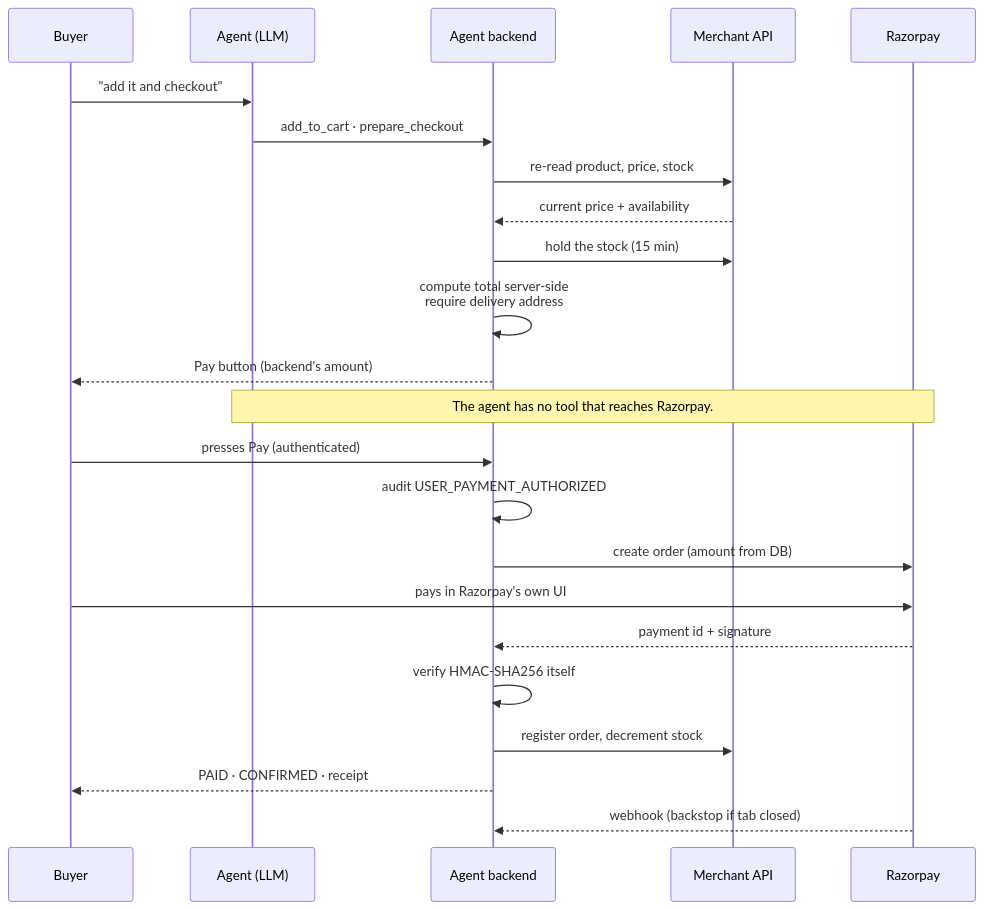
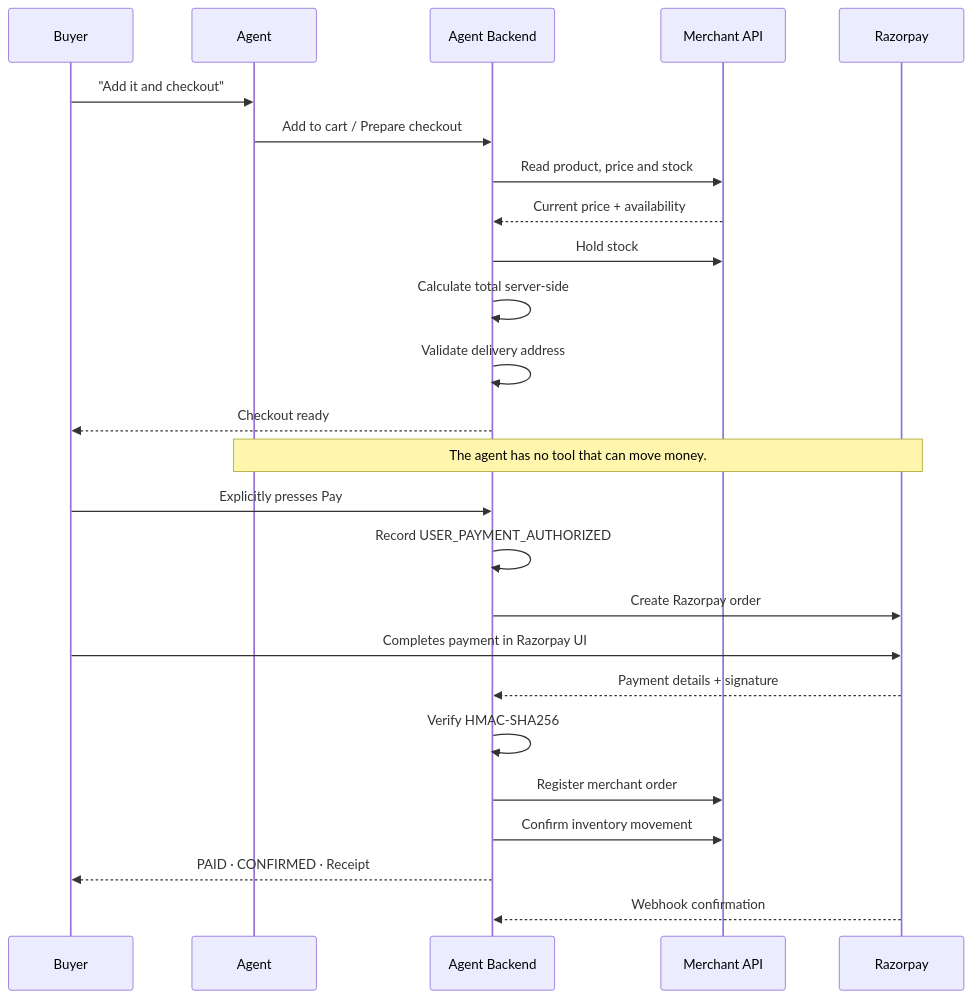
One commit to TechyCSR/Agentic-Ecommerce changed the second of 2 diagrams in ARCHITECTURE.md. Above: the diagram before and after it, drawn with Mermaid. The commit also changed other lines of this file and 1 other file, not shown here.

Commit message:
docs: update architecture and README for clarity and consistency

````diff
--- a/ARCHITECTURE.md
+++ b/ARCHITECTURE.md
@@ -47,28 +55,44 @@
 ```mermaid
 sequenceDiagram
+
     participant B as Buyer
-    participant A as Agent (LLM)
-    participant S as Agent backend
+    participant A as Agent
+    participant S as Agent Backend
     participant M as Merchant API
     participant R as Razorpay
 
-    B->>A: "add it and checkout"
-    A->>S: add_to_cart · prepare_checkout
-    S->>M: re-read product, price, stock
-    M-->>S: current price + availability
-    S->>M: hold the stock (15 min)
-    S->>S: compute total server-side<br/>require delivery address
-    S-->>B: Pay button (backend's amount)
+    B->>A: "Add it and checkout"
 
-    Note over A,R: The agent has no tool that reaches Razorpay.
+    A->>S: Add to cart / Prepare checkout
 
-    B->>S: presses Pay (authenticated)
-    S->>S: audit USER_PAYMENT_AUTHORIZED
-    S->>R: create order (amount from DB)
-    B->>R: pays in Razorpay's own UI
-    R-->>S: payment id + signature
-    S->>S: verify HMAC-SHA256 itself
-    S->>M: register order, decrement stock
-    S-->>B: PAID · CONFIRMED · receipt
-    R-->>S: webhook (backstop if tab closed)
+    S->>M: Read product, price and stock
+    M-->>S: Current price + availability
+
+    S->>M: Hold stock
+
+    S->>S: Calculate total server-side
+    S->>S: Validate delivery address
+
+    S-->>B: Checkout ready
+
+    Note over A,R: The agent has no tool that can move money.
+
+    B->>S: Explicitly presses Pay
+
+    S->>S: Record USER_PAYMENT_AUTHORIZED
+
+    S->>R: Create Razorpay order
+
+    B->>R: Completes payment in Razorpay UI
+
+    R-->>S: Payment details + signature
+
+    S->>S: Verify HMAC-SHA256
+
+    S->>M: Register merchant order
+    S->>M: Confirm inventory movement
+
+    S-->>B: PAID · CONFIRMED · Receipt
+
+    R-->>S: Webhook confirmation
 ```
````
